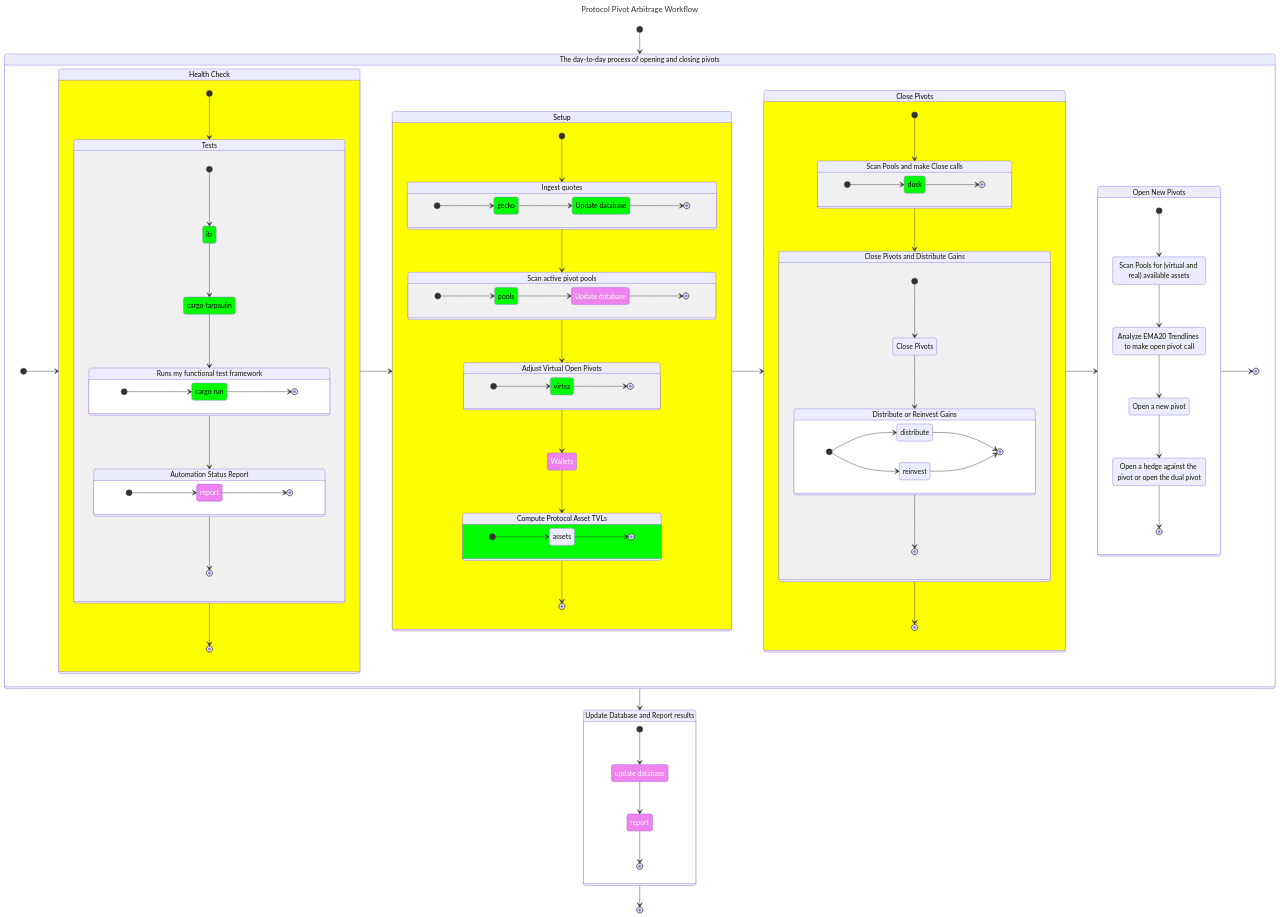
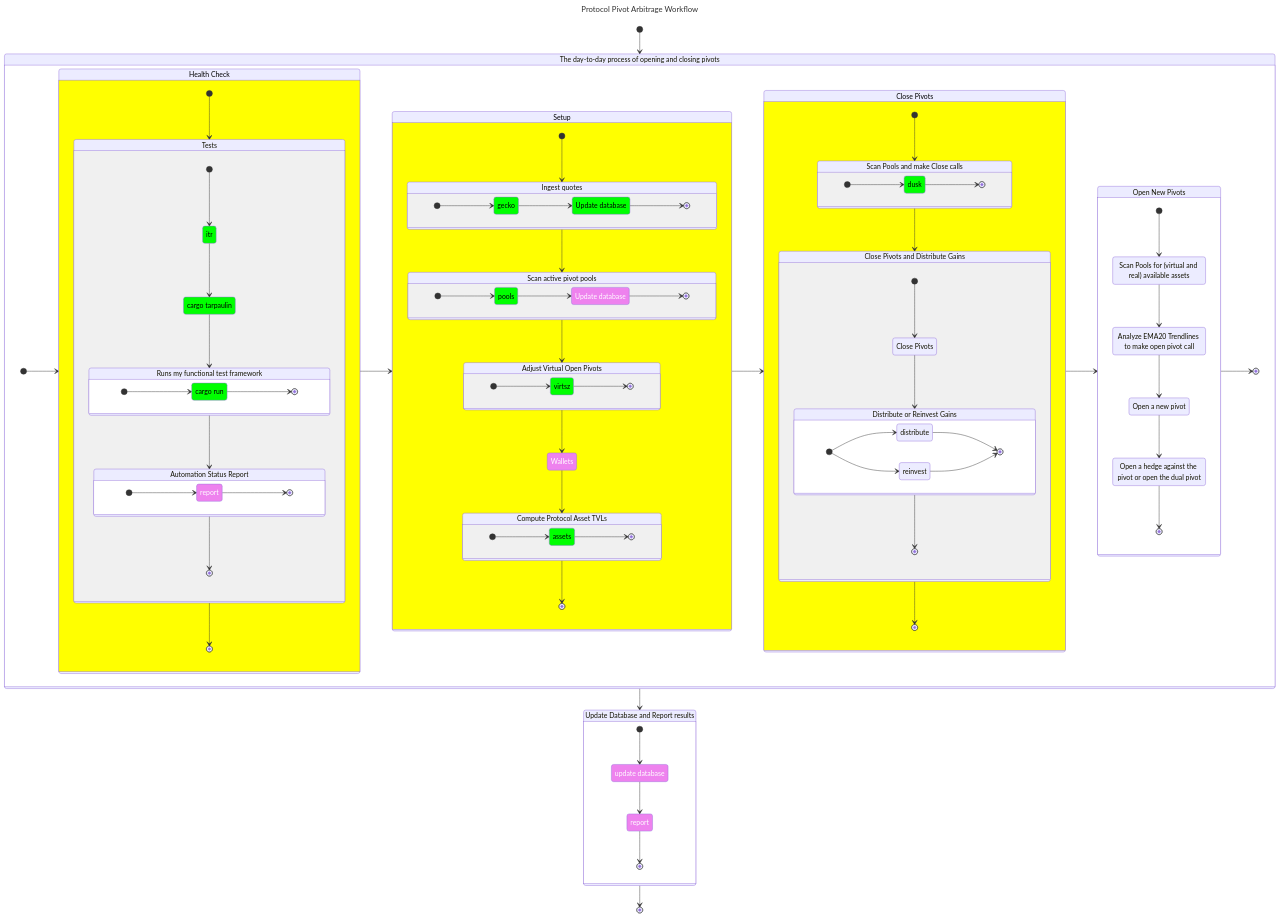
Before and after one commit to pivoteur/protocol: the diagram in dapps/README.md, drawn with Mermaid.

```diff
--- a/dapps/README.md
+++ b/dapps/README.md
@@ -32,7 +32,7 @@
    class UpdateDbwithoutReporting2 inUse
 
    class Wallets manual
-   class Assets inUse
+   class assets inUse
 
    [*] --> Workflow
    Workflow --> Finalize
```
